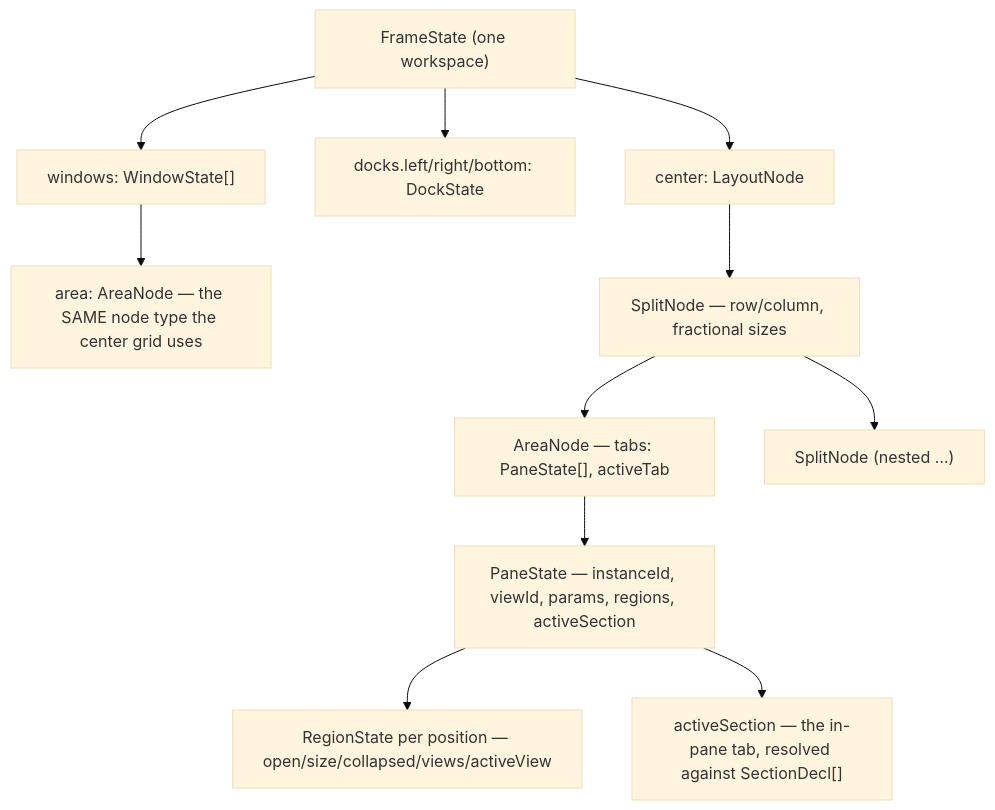
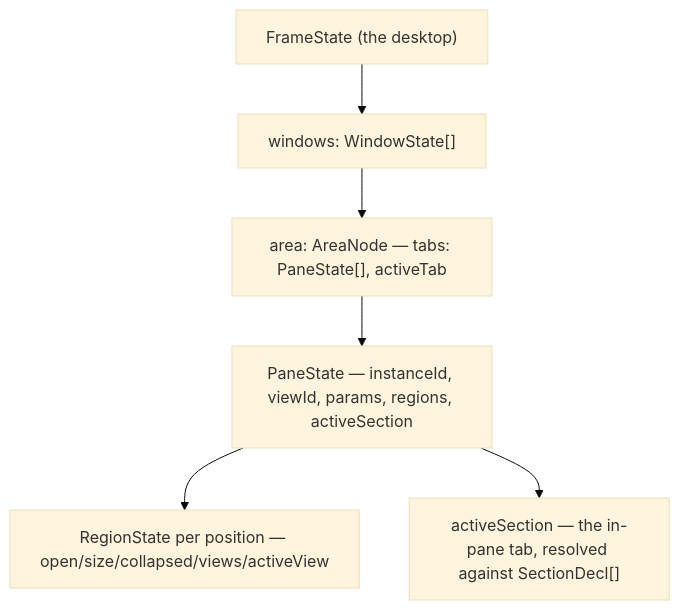
The diagram in docs/architecture/windowing.mdx (ConstCorrectness/horrible-dashboard), drawn with Mermaid (base theme) before and after one commit. The commit also changed other lines of this file and 203 other files, not shown here.

First line of the commit message:
refactor(layout): floating desktop only; rip out tiling

````diff
--- a/docs/architecture/windowing.mdx
+++ b/docs/architecture/windowing.mdx
@@ -163,13 +64,8 @@
 ```mermaid
 flowchart TD
-    F["FrameState (one workspace)"] --> C["center: LayoutNode"]
-    F --> DL["docks.left/right/bottom: DockState"]
-    F --> FL["windows: WindowState[]"]
-    FL --> WA["area: AreaNode — the SAME node type the center grid uses"]
-    C --> S["SplitNode — row/column, fractional sizes"]
-    S --> A["AreaNode — tabs: PaneState[], activeTab"]
-    S --> S2["SplitNode (nested …)"]
+    F["FrameState (the desktop)"] --> W["windows: WindowState[]"]
+    W --> A["area: AreaNode — tabs: PaneState[], activeTab"]
     A --> P["PaneState — instanceId, viewId, params, regions, activeSection"]
     P --> R["RegionState per position — open/size/collapsed/views/activeView"]
     P --> SEC["activeSection — the in-pane tab, resolved against SectionDecl[]"]
 ```
````
